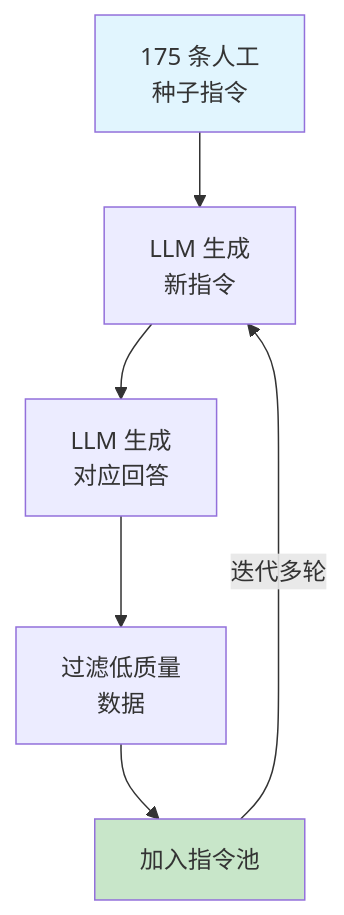
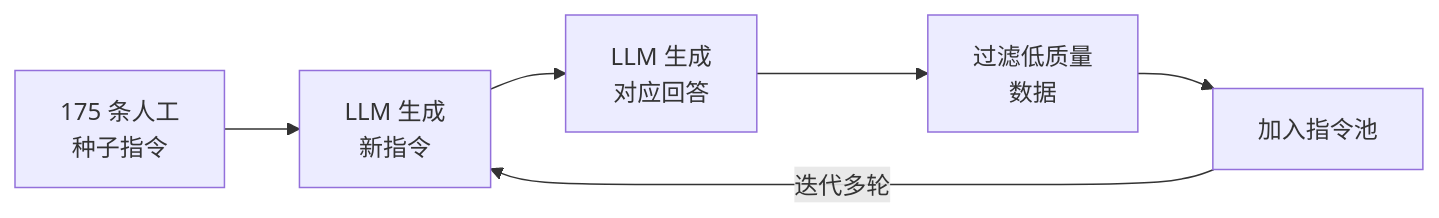
One commit to fenixsoft/dmla changed the first of 2 diagrams in docs/language-models/pretraining/supervised-finetuning.md. Above: the diagram before and after it, drawn with Mermaid. The commit also changed other lines of this file and 4 other files, not shown here.

````diff
--- a/docs/language-models/pretraining/supervised-finetuning.md
+++ b/docs/language-models/pretraining/supervised-finetuning.md
@@ -66,11 +55,8 @@
-```mermaid
-graph TB
+```mermaid compact
+graph LR
     A["175 条人工<br/>种子指令"] --> B["LLM 生成<br/>新指令"]
     B --> C["LLM 生成<br/>对应回答"]
     C --> D["过滤低质量<br/>数据"]
     D --> E["加入指令池"]
     E -->|"迭代多轮"| B
-
-    style A fill:#e1f5fe
-    style E fill:#c8e6c9
 ```
````
